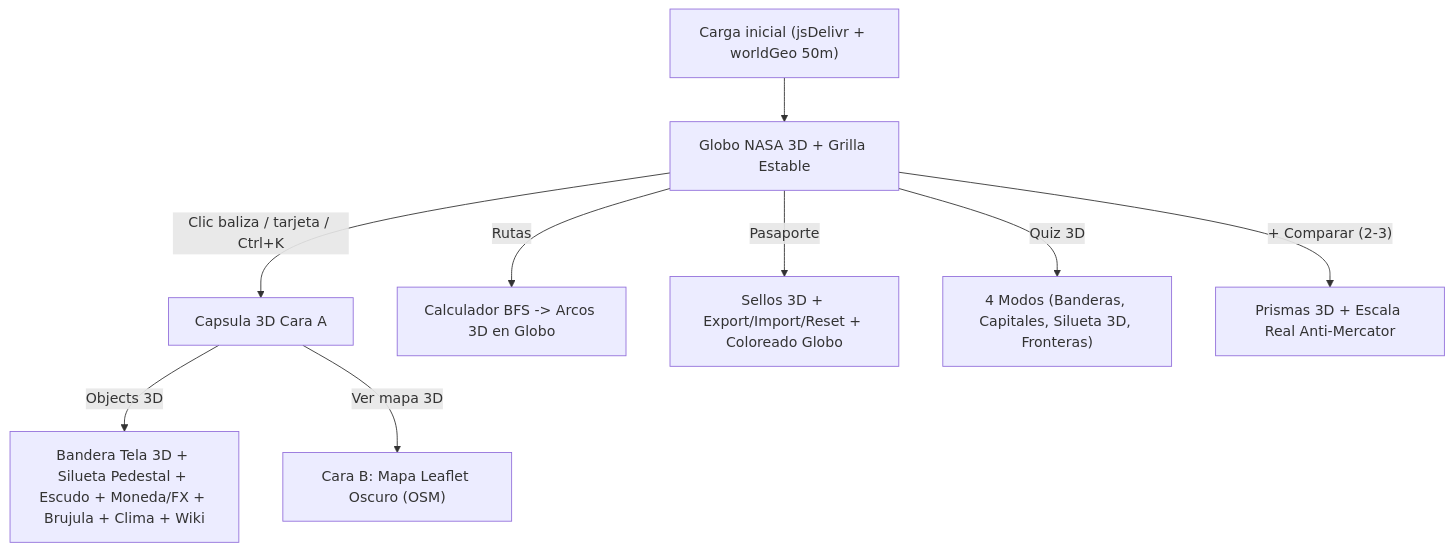
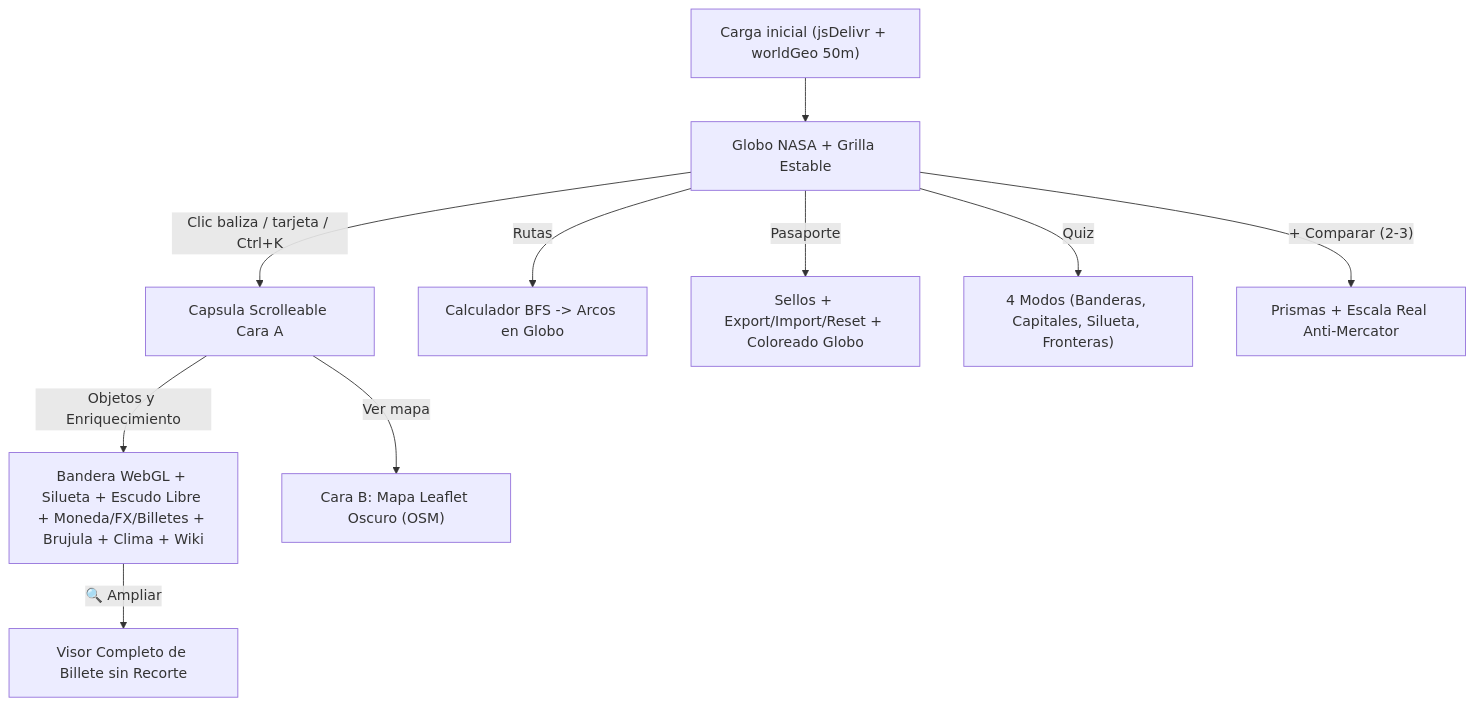
One commit to Facusere/Atlas changed the diagram in docs/FUNCIONALIDADES_Y_MEJORAS.md. Above: the diagram before and after it, drawn with Mermaid. The commit also changed other lines of this file and 21 other files, not shown here.

````diff
--- a/docs/FUNCIONALIDADES_Y_MEJORAS.md
+++ b/docs/FUNCIONALIDADES_Y_MEJORAS.md
@@ -43,11 +43,12 @@
 ```mermaid
 flowchart TD
-    Start["Carga inicial (jsDelivr + worldGeo 50m)"] --> Hub["Globo NASA 3D + Grilla Estable"]
-    Hub -->|"Clic baliza / tarjeta / Ctrl+K"| Detail["Capsula 3D Cara A"]
-    Detail -->|"Objects 3D"| Obj["Bandera Tela 3D + Silueta Pedestal + Escudo + Moneda/FX + Brujula + Clima + Wiki"]
-    Detail -->|"Ver mapa 3D"| Map["Cara B: Mapa Leaflet Oscuro (OSM)"]
-    Hub -->|"Rutas"| Route["Calculador BFS -> Arcos 3D en Globo"]
-    Hub -->|"Pasaporte"| Pass["Sellos 3D + Export/Import/Reset + Coloreado Globo"]
-    Hub -->|"Quiz 3D"| Quiz["4 Modos (Banderas, Capitales, Silueta 3D, Fronteras)"]
-    Hub -->|"+ Comparar (2-3)"| Comp["Prismas 3D + Escala Real Anti-Mercator"]
+    Start["Carga inicial (jsDelivr + worldGeo 50m)"] --> Hub["Globo NASA + Grilla Estable"]
+    Hub -->|"Clic baliza / tarjeta / Ctrl+K"| Detail["Capsula Scrolleable Cara A"]
+    Detail -->|"Objetos y Enriquecimiento"| Obj["Bandera WebGL + Silueta + Escudo Libre + Moneda/FX/Billetes + Brujula + Clima + Wiki"]
+    Obj -->|"🔍 Ampliar"| Lightbox["Visor Completo de Billete sin Recorte"]
+    Detail -->|"Ver mapa"| Map["Cara B: Mapa Leaflet Oscuro (OSM)"]
+    Hub -->|"Rutas"| Route["Calculador BFS -> Arcos en Globo"]
+    Hub -->|"Pasaporte"| Pass["Sellos + Export/Import/Reset + Coloreado Globo"]
+    Hub -->|"Quiz"| Quiz["4 Modos (Banderas, Capitales, Silueta, Fronteras)"]
+    Hub -->|"+ Comparar (2-3)"| Comp["Prismas + Escala Real Anti-Mercator"]
 ```
````
